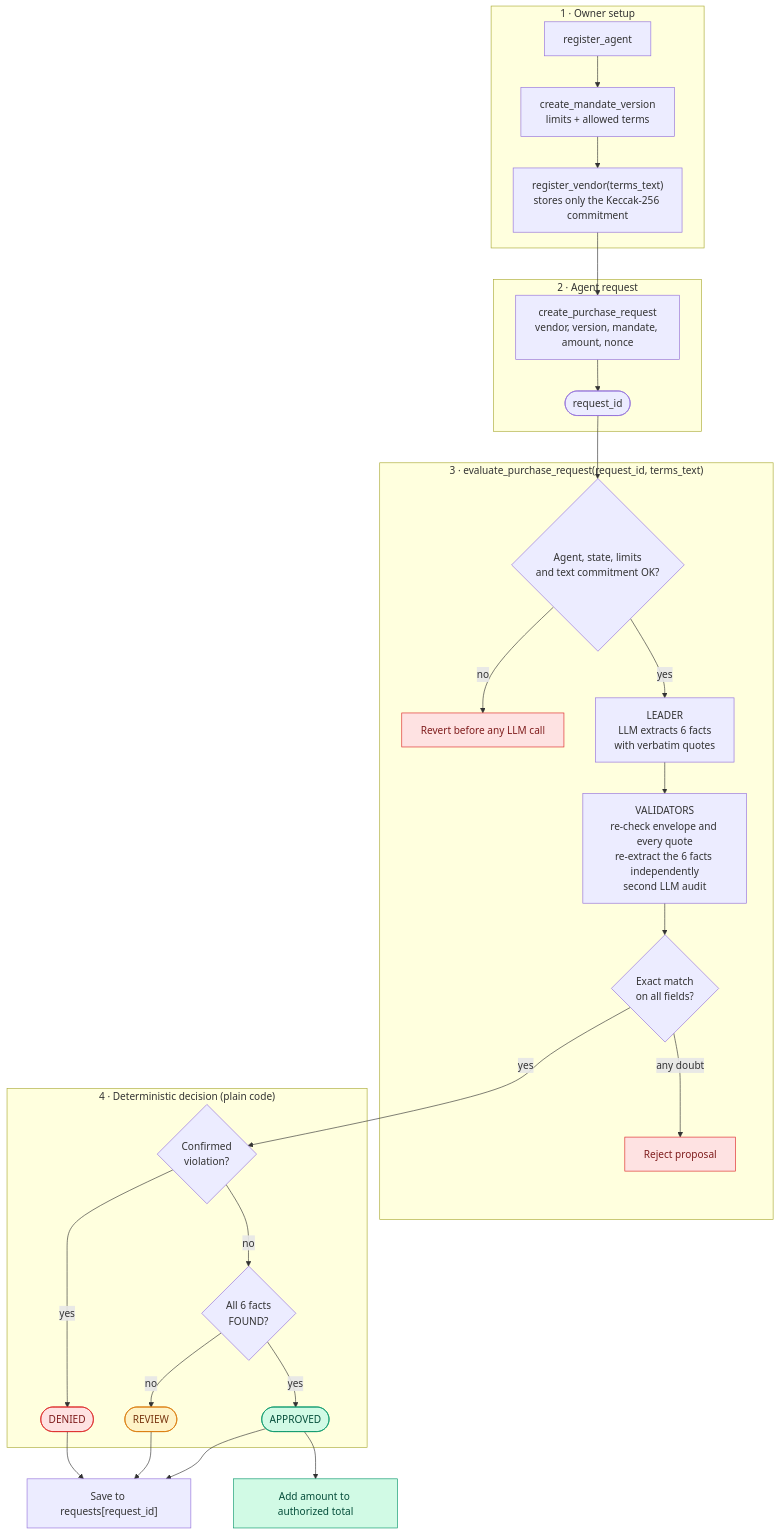
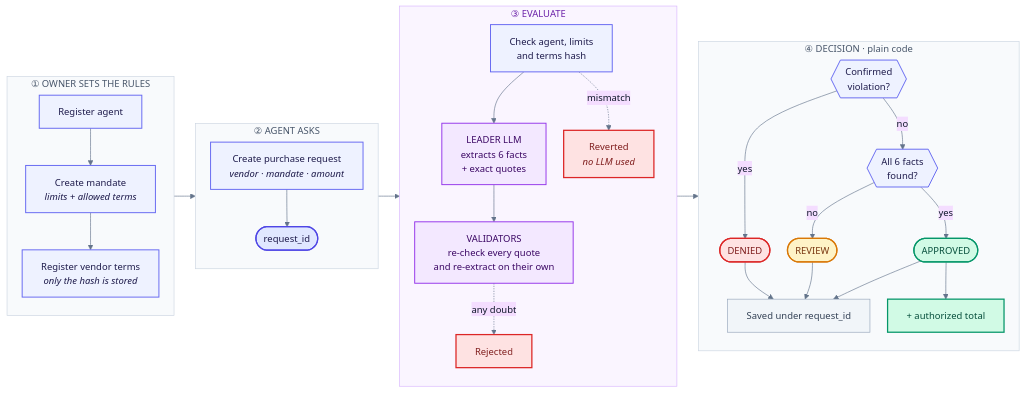
Before and after one commit to Said1235/Mandategate: the diagram in README.md, drawn with Mermaid.

Commit message:
README: cleaner left-to-right flowchart
Claude-Session: https://claude.ai/code/session_012BN79Kf6ketzBZV4Y7usvg

````diff
--- a/README.md
+++ b/README.md
@@ -22,43 +22,55 @@
 ```mermaid
-flowchart TD
-    subgraph SETUP["1 · Owner setup"]
-        A1["register_agent"] --> A2["create_mandate_version<br/>limits + allowed terms"]
-        A2 --> A3["register_vendor(terms_text)<br/>stores only the Keccak-256 commitment"]
+%%{init: {"theme":"base","flowchart":{"curve":"basis","nodeSpacing":28,"rankSpacing":34},"themeVariables":{"fontFamily":"Inter, Segoe UI, Helvetica, Arial, sans-serif","fontSize":"15px","lineColor":"#64748b","primaryTextColor":"#0f172a"}}}%%
+flowchart LR
+    subgraph S1["① OWNER SETS THE RULES"]
+        direction TB
+        A1["Register agent"] --> A2["Create mandate<br/><i>limits + allowed terms</i>"] --> A3["Register vendor terms<br/><i>only the hash is stored</i>"]
     end
 
-    subgraph REQUEST["2 · Agent request"]
-        B1["create_purchase_request<br/>vendor, version, mandate, amount, nonce"] --> B2(["request_id"])
+    subgraph S2["② AGENT ASKS"]
+        direction TB
+        B1["Create purchase request<br/><i>vendor · mandate · amount</i>"] --> B2(["request_id"])
     end
 
-    subgraph EVAL["3 · evaluate_purchase_request(request_id, terms_text)"]
-        C1{"Agent, state, limits<br/>and text commitment OK?"}
-        C1 -- "no" --> X1["Revert before any LLM call"]
-        C1 -- "yes" --> C2["LEADER<br/>LLM extracts 6 facts<br/>with verbatim quotes"]
-        C2 --> C3["VALIDATORS<br/>re-check envelope and every quote<br/>re-extract the 6 facts independently<br/>second LLM audit"]
-        C3 --> C4{"Exact match<br/>on all fields?"}
-        C4 -- "any doubt" --> X2["Reject proposal"]
+    subgraph S3["③ EVALUATE"]
+        direction TB
+        C1["Check agent, limits<br/>and terms hash"] --> C2["LEADER LLM<br/>extracts 6 facts<br/>+ exact quotes"] --> C3["VALIDATORS<br/>re-check every quote<br/>and re-extract on their own"]
+        C1 -. "mismatch" .-> X1["Reverted<br/><i>no LLM used</i>"]
+        C3 -. "any doubt" .-> X2["Rejected"]
     end
 
-    subgraph DECIDE["4 · Deterministic decision (plain code)"]
-        D1{"Confirmed<br/>violation?"}
+    subgraph S4["④ DECISION · plain code"]
+        direction TB
+        D1{{"Confirmed<br/>violation?"}}
         D1 -- "yes" --> R1(["DENIED"])
-        D1 -- "no" --> D2{"All 6 facts<br/>FOUND?"}
+        D1 -- "no" --> D2{{"All 6 facts<br/>found?"}}
         D2 -- "no" --> R2(["REVIEW"])
         D2 -- "yes" --> R3(["APPROVED"])
+        R1 --> SV["Saved under request_id"]
+        R2 --> SV
+        R3 --> SV
+        R3 --> BG["+ authorized total"]
     end
 
-    A3 --> B1
-    B2 --> C1
-    C4 -- "yes" --> D1
-    R1 --> S["Save to requests[request_id]"]
-    R2 --> S
-    R3 --> S
-    R3 --> T["Add amount to authorized total"]
+    S1 --> S2 --> S3 --> S4
 
-    classDef ok fill:#d1fae5,stroke:#059669,color:#064e3b
-    classDef bad fill:#fee2e2,stroke:#dc2626,color:#7f1d1d
-    classDef warn fill:#fef3c7,stroke:#d97706,color:#78350f
-    class R3,T ok
+    classDef step fill:#eef2ff,stroke:#6366f1,stroke-width:1.5px,color:#1e1b4b
+    classDef id fill:#e0e7ff,stroke:#4f46e5,stroke-width:2px,color:#1e1b4b
+    classDef ai fill:#f3e8ff,stroke:#9333ea,stroke-width:1.5px,color:#3b0764
+    classDef ok fill:#d1fae5,stroke:#059669,stroke-width:2px,color:#064e3b
+    classDef warn fill:#fef3c7,stroke:#d97706,stroke-width:2px,color:#78350f
+    classDef bad fill:#fee2e2,stroke:#dc2626,stroke-width:2px,color:#7f1d1d
+    classDef out fill:#f1f5f9,stroke:#94a3b8,color:#334155
+    class A1,A2,A3,B1,C1,D1,D2 step
+    class B2 id
+    class C2,C3 ai
+    class R3 ok
+    class BG ok
+    class R2 warn
     class R1,X1,X2 bad
-    class R2 warn
+    class SV out
+    style S1 fill:#f8fafc,stroke:#cbd5e1,color:#475569
+    style S2 fill:#f8fafc,stroke:#cbd5e1,color:#475569
+    style S3 fill:#faf5ff,stroke:#d8b4fe,color:#6b21a8
+    style S4 fill:#f8fafc,stroke:#cbd5e1,color:#475569
 ```
````
